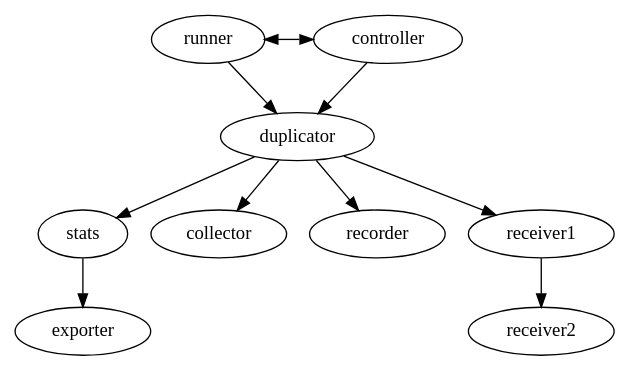
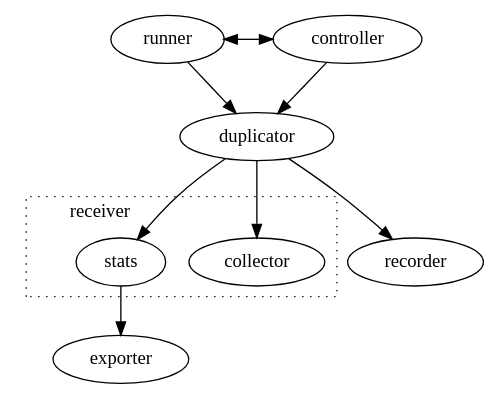
One commit to sky-uk/mite changed the diagram in docs/design-deployment.rst. Above: the diagram before and after it, drawn with Graphviz. The commit also changed other lines of this file and 1 other file, not shown here.

Commit message:
Review changes

```diff
--- a/docs/design-deployment.rst
+++ b/docs/design-deployment.rst
@@ -38,20 +38,27 @@
 .. graphviz::
 
    digraph architecture {
 
    runner -> duplicator;
    controller -> duplicator;
    duplicator -> stats;
    duplicator -> collector;
    duplicator -> recorder;
    stats -> exporter;
-   duplicator -> receiver1 -> receiver2;
+
+   subgraph cluster_receiver {
+     graph[style=dotted];
+     node [style=filled];
+     stats collector;
+     label = "receiver                                   ";
+     color=black;
+   }
 
    subgraph rc {
      rank="same"
      runner
      controller
      runner -> controller [dir=both, label = "    "];
    }
 
    }
```
